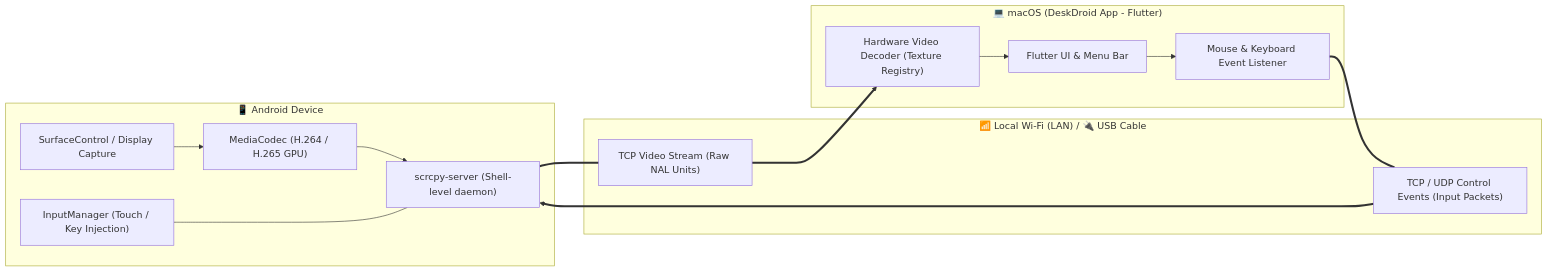
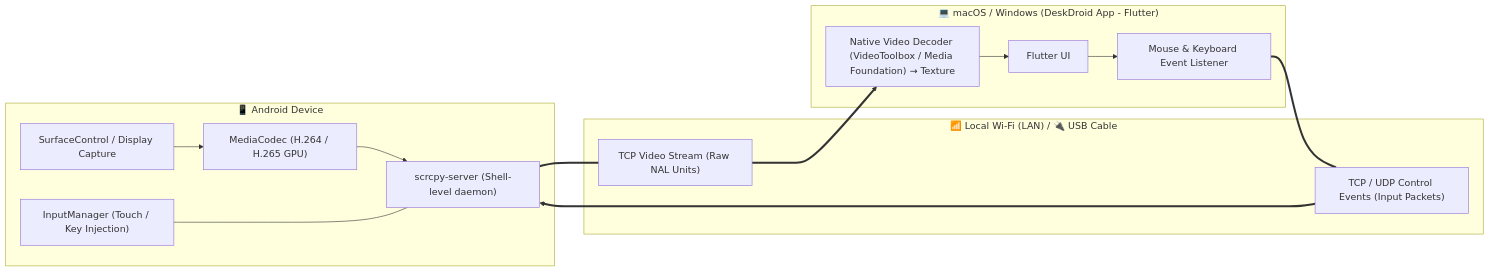
Before and after one commit to az-coder-123/azdroid: the diagram in README.md, drawn with Mermaid. The commit also changed other lines of this file and 26 other files, not shown here.

First line of the commit message:
docs: document macOS and Windows support

````diff
--- a/README.md
+++ b/README.md
@@ -151,21 +160,21 @@
 ```mermaid
 flowchart LR
     subgraph AndroidDevice ["📱 Android Device"]
         A1["SurfaceControl / Display Capture"] --> A2["MediaCodec (H.264 / H.265 GPU)"]
         A2 --> A3["scrcpy-server (Shell-level daemon)"]
         A4["InputManager (Touch / Key Injection)"] <--- A3
     end
 
     subgraph Transport ["📶 Local Wi-Fi (LAN) / 🔌 USB Cable"]
         V_STREAM["TCP Video Stream (Raw NAL Units)"]
         C_SOCKET["TCP / UDP Control Events (Input Packets)"]
     end
 
-    subgraph MacApp ["💻 macOS (DeskDroid App - Flutter)"]
-        M1["Flutter UI & Menu Bar"] --> M2["Mouse & Keyboard Event Listener"]
-        M3["Hardware Video Decoder (Texture Registry)"] --> M1
+    subgraph DesktopApp ["💻 macOS / Windows (DeskDroid App - Flutter)"]
+        M1["Flutter UI"] --> M2["Mouse & Keyboard Event Listener"]
+        M3["Native Video Decoder (VideoToolbox / Media Foundation) → Texture"] --> M1
     end
 
     A3 === V_STREAM ===> M3
     M2 === C_SOCKET ===> A3
 ```
````
